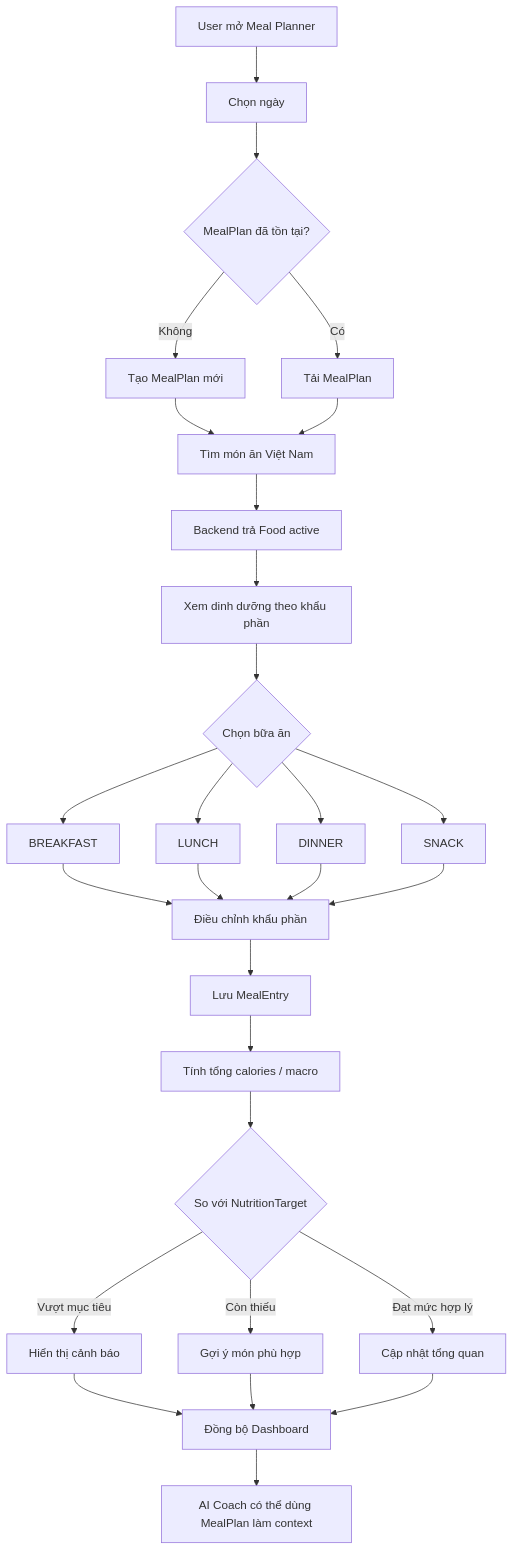
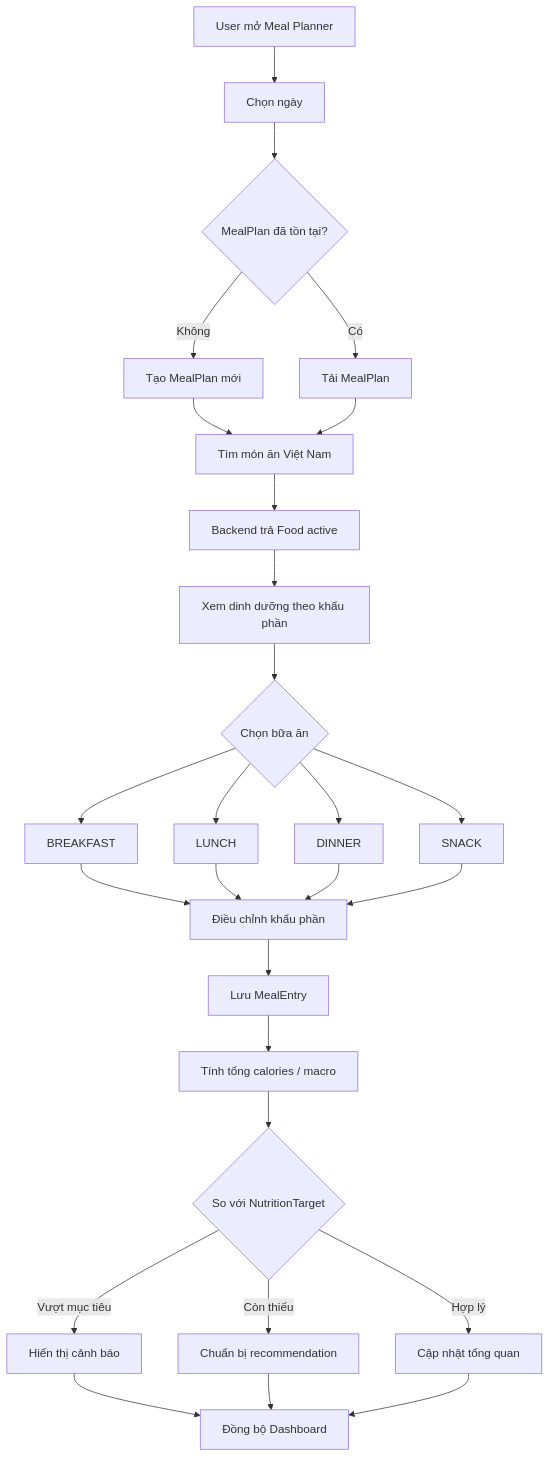
The eighth of 21 diagrams in docs/spec/bussiness_mainflow.md (tgiahuy/VieGym), drawn with Mermaid before and after one commit. The commit also changed other lines of this file and 16 other files, not shown here.

````diff
--- a/docs/spec/bussiness_mainflow.md
+++ b/docs/spec/bussiness_mainflow.md
@@ -440,34 +667,33 @@
 ```mermaid
 flowchart TD
     Open[User mở Meal Planner] --> Date[Chọn ngày]
     Date --> MealPlan{MealPlan đã tồn tại?}
     MealPlan -- Không --> Create[Tạo MealPlan mới]
     MealPlan -- Có --> Load[Tải MealPlan]
     Create --> Search[Tìm món ăn Việt Nam]
     Load --> Search
 
     Search --> Active[Backend trả Food active]
     Active --> Detail[Xem dinh dưỡng theo khẩu phần]
     Detail --> MealType{Chọn bữa ăn}
     MealType --> Breakfast[BREAKFAST]
     MealType --> Lunch[LUNCH]
     MealType --> Dinner[DINNER]
     MealType --> Snack[SNACK]
 
     Breakfast --> Serving[Điều chỉnh khẩu phần]
     Lunch --> Serving
     Dinner --> Serving
     Snack --> Serving
 
     Serving --> Entry[Lưu MealEntry]
     Entry --> Total[Tính tổng calories / macro]
     Total --> Compare{So với NutritionTarget}
     Compare -- Vượt mục tiêu --> Warning[Hiển thị cảnh báo]
-    Compare -- Còn thiếu --> Suggest[Gợi ý món phù hợp]
-    Compare -- Đạt mức hợp lý --> Summary[Cập nhật tổng quan]
+    Compare -- Còn thiếu --> Suggest[Chuẩn bị recommendation]
+    Compare -- Hợp lý --> Summary[Cập nhật tổng quan]
 
     Warning --> Dashboard[Đồng bộ Dashboard]
     Suggest --> Dashboard
     Summary --> Dashboard
-    Dashboard --> AI[AI Coach có thể dùng MealPlan làm context]
 ```
````
